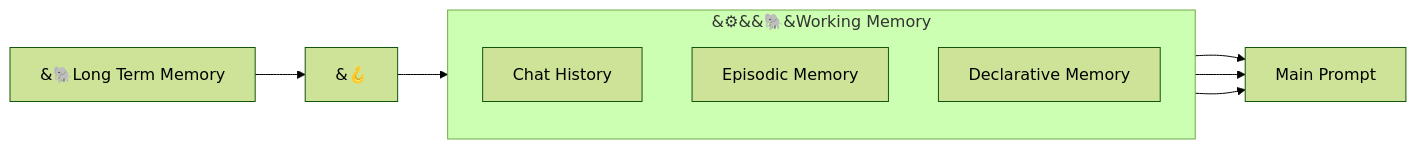
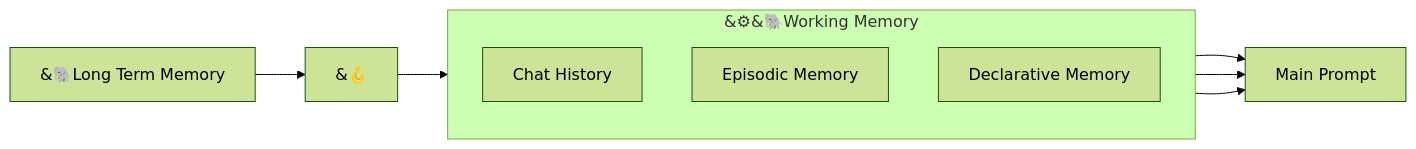
The diagram in mkdocs/conceptual/memory/working_memory.md (cheshire-cat-ai/docs), drawn with Mermaid (forest theme) before and after one commit. The commit also changed other lines of this file and 8 other files, not shown here.

````diff
--- a/mkdocs/conceptual/memory/working_memory.md
+++ b/mkdocs/conceptual/memory/working_memory.md
@@ -14,14 +14,14 @@
 ```mermaid
 flowchart LR
-    subgraph WM ["&#9881;&#65039;&#128024;&#65039;Working Memory"]
+    subgraph WM ["&#9881;&#128024;Working Memory"]
             direction TB
             CH[Chat History]
             C[Episodic Memory];
             D[Declarative Memory];
     end
     A["&#128024;Long Term Memory"] --> E["&#129693;"]; 
     E["&#129693;"] --> WM;
     CH --> main_prompt[Main Prompt];
     C --> main_prompt[Main Prompt];
     D --> main_prompt[Main Prompt];
 ```
````
